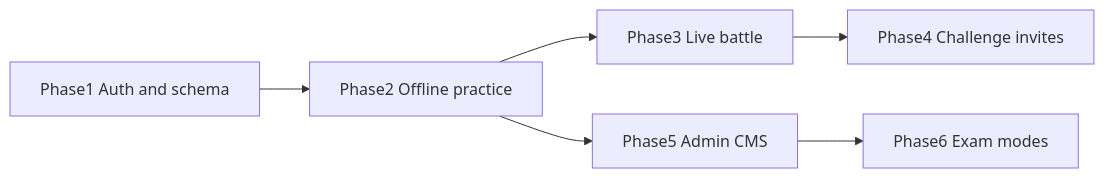
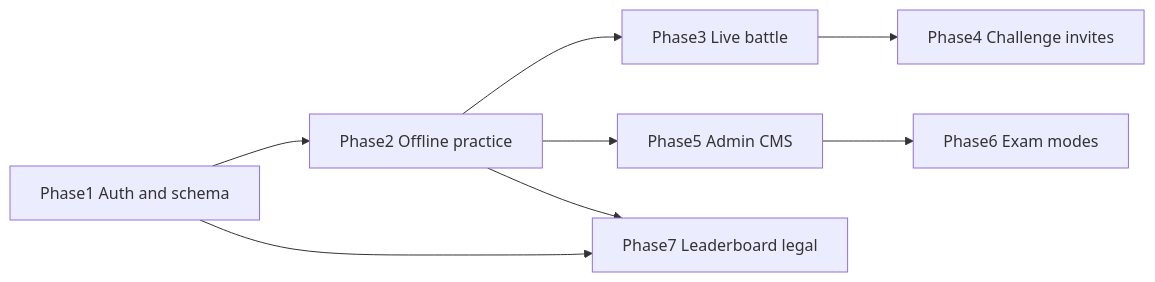
One commit to Patrick-Chukwu/battleverse changed the diagram in docs/BUILD_PLAN.md. Above: the diagram before and after it, drawn with Mermaid. The commit also changed other lines of this file and 14 other files, not shown here.

````diff
--- a/docs/BUILD_PLAN.md
+++ b/docs/BUILD_PLAN.md
@@ -9,12 +9,15 @@
 ```mermaid
 flowchart LR
   P1[Phase1 Auth and schema]
   P2[Phase2 Offline practice]
   P3[Phase3 Live battle]
   P4[Phase4 Challenge invites]
   P5[Phase5 Admin CMS]
   P6[Phase6 Exam modes]
+  P7[Phase7 Leaderboard legal]
   P1 --> P2 --> P3 --> P4
   P2 --> P5
   P5 --> P6
+  P1 --> P7
+  P2 --> P7
 ```
````
